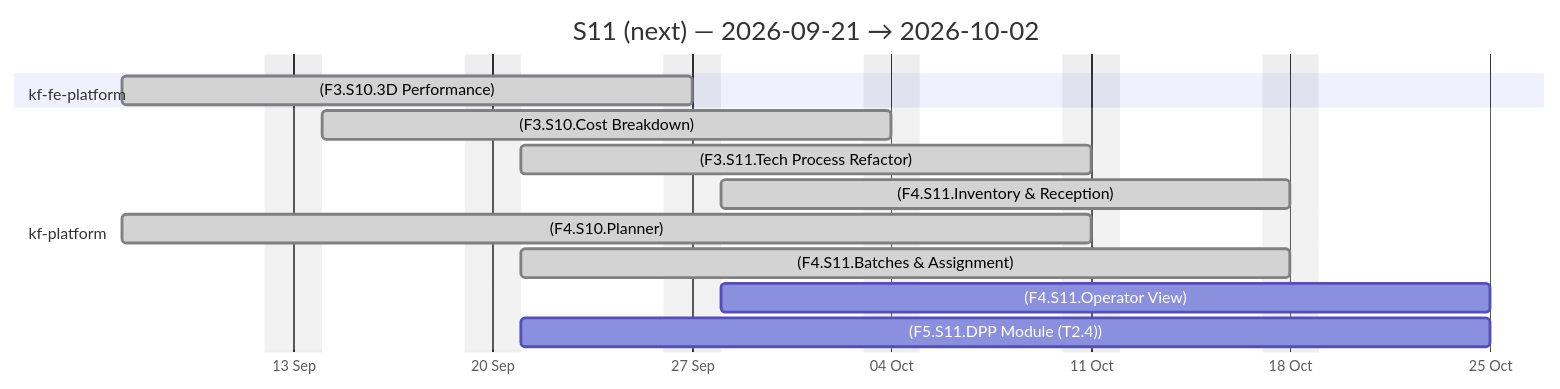
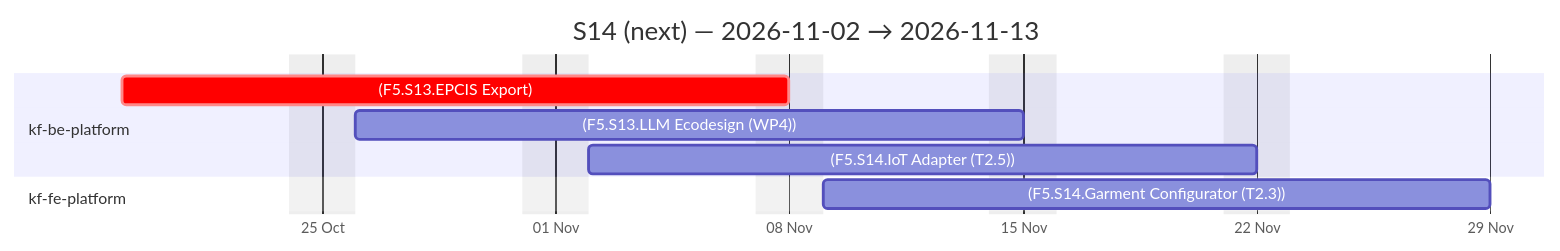
The sixth of 6 diagrams in docs/unified-calendar.md (Katty-Fashion/kf-cpto), drawn with Mermaid before and after one commit. The commit also changed other lines of this file and 36 other files, not shown here.

````diff
--- a/docs/unified-calendar.md
+++ b/docs/unified-calendar.md
@@ -176,18 +212,14 @@
 ```mermaid
 gantt
-    title S11 (next) — 2026-09-21 → 2026-10-02
+    title S14 (next) — 2026-11-02 → 2026-11-13
     dateFormat YYYY-MM-DD
     axisFormat %d %b
     excludes weekends
 
+    section kf-be-platform
+    (F5.S13.EPCIS Export) :crit, 2026-10-19, 2026-11-08
+    (F5.S13.LLM Ecodesign (WP4)) :2026-10-26, 2026-11-15
+    (F5.S14.IoT Adapter (T2.5)) :2026-11-02, 2026-11-22
     section kf-fe-platform
-    (F3.S10.3D Performance) :done, 2026-09-07, 2026-09-27
-    section kf-platform
-    (F3.S10.Cost Breakdown) :done, 2026-09-14, 2026-10-04
-    (F3.S11.Tech Process Refactor) :done, 2026-09-21, 2026-10-11
-    (F4.S11.Inventory & Reception) :done, 2026-09-28, 2026-10-18
-    (F4.S10.Planner) :done, 2026-09-07, 2026-10-11
-    (F4.S11.Batches & Assignment) :done, 2026-09-21, 2026-10-18
-    (F4.S11.Operator View) :2026-09-28, 2026-10-25
-    (F5.S11.DPP Module (T2.4)) :2026-09-21, 2026-10-25
+    (F5.S14.Garment Configurator (T2.3)) :2026-11-09, 2026-11-29
 ```
````
